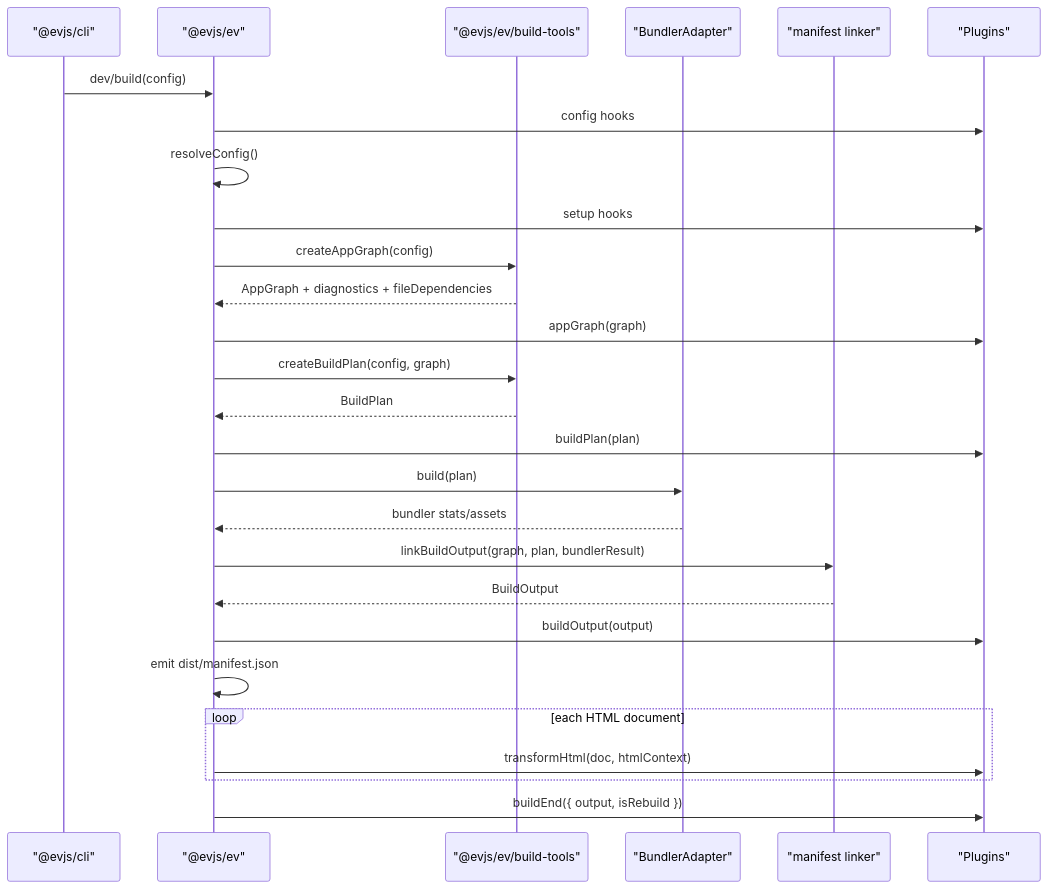
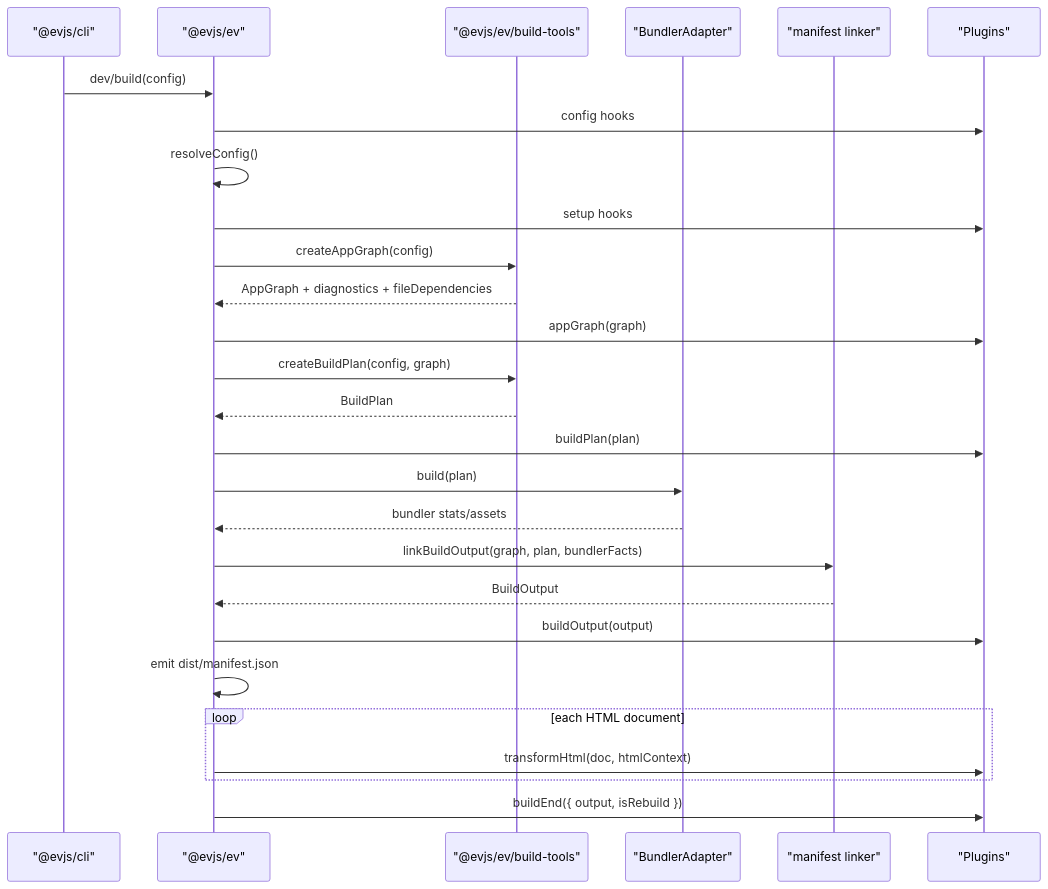
Before and after one commit to afx-team/evjs: the first of 2 diagrams in docs/docs/architecture.md, drawn with Mermaid. The commit also changed 24 other files, not shown here.

````diff
--- a/docs/docs/architecture.md
+++ b/docs/docs/architecture.md
@@ -54,30 +54,30 @@
 ```mermaid
 sequenceDiagram
   participant CLI as "@evjs/cli"
   participant EV as "@evjs/ev"
   participant Tools as "@evjs/ev/build-tools"
   participant Bundler as "BundlerAdapter"
   participant Manifest as "manifest linker"
   participant Plugins as "Plugins"
 
   CLI->>EV: dev/build(config)
   EV->>Plugins: config hooks
   EV->>EV: resolveConfig()
   EV->>Plugins: setup hooks
   EV->>Tools: createAppGraph(config)
   Tools-->>EV: AppGraph + diagnostics + fileDependencies
   EV->>Plugins: appGraph(graph)
   EV->>Tools: createBuildPlan(config, graph)
   Tools-->>EV: BuildPlan
   EV->>Plugins: buildPlan(plan)
   EV->>Bundler: build(plan)
   Bundler-->>EV: bundler stats/assets
-  EV->>Manifest: linkBuildOutput(graph, plan, bundlerResult)
+  EV->>Manifest: linkBuildOutput(graph, plan, bundlerFacts)
   Manifest-->>EV: BuildOutput
   EV->>Plugins: buildOutput(output)
   EV->>EV: emit dist/manifest.json
   loop each HTML document
     EV->>Plugins: transformHtml(doc, htmlContext)
   end
   EV->>Plugins: buildEnd({ output, isRebuild })
 ```
````
